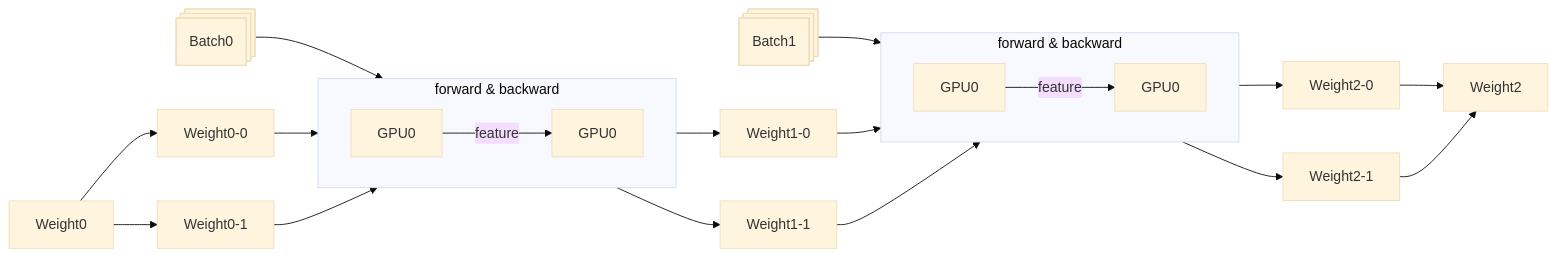
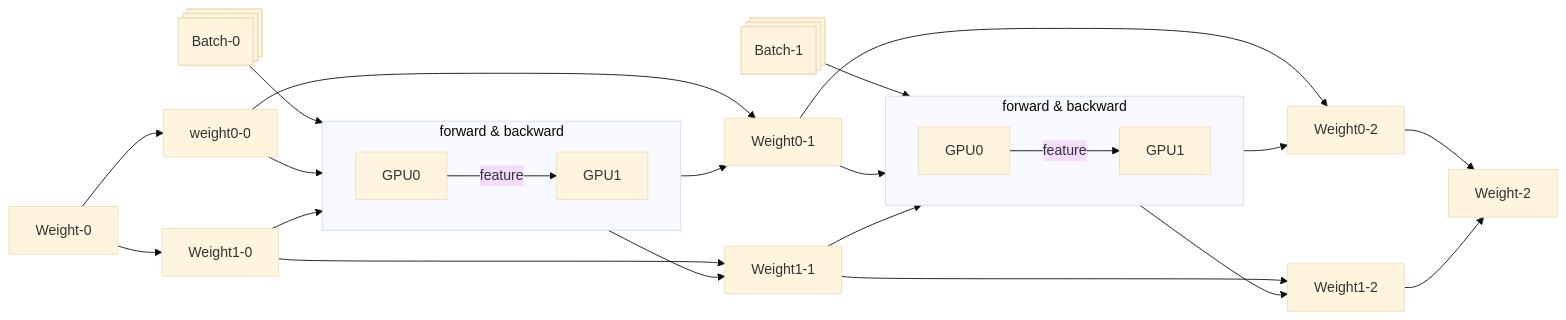
Before and after one commit to hhk7734/wiki: the second of 2 diagrams in docs/mlops/nn/large-model/parallelism.mdx, drawn with Mermaid (base theme). The commit also changed other lines of this file and 1 other file, not shown here.

````diff
--- a/docs/mlops/nn/large-model/parallelism.mdx
+++ b/docs/mlops/nn/large-model/parallelism.mdx
@@ -58,35 +60,42 @@
 ```mermaid
 graph LR
-  batch0@{ shape: procs, label: Batch0 }
-  batch1@{ shape: procs, label: Batch1 }
+  batch-0@{ shape: procs, label: Batch-0 }
+  batch-1@{ shape: procs, label: Batch-1 }
 
   subgraph calc0[forward & backward]
     direction LR
-    gpu0-0[GPU0] -- feature --> gpu0-1[GPU0]
+    gpu0-0[GPU0] -- feature --> gpu1-0[GPU1]
   end
 
-  batch0 --> gpu0-0
-  Weight0 --> Weight0-0
-  Weight0 --> Weight0-1
+  batch-0 --> gpu0-0
+  Weight-0 --> Weight0-0[weight0-0]
+  Weight-0 --> Weight1-0
   Weight0-0 --> gpu0-0
-  Weight0-1 --> gpu0-1
+  Weight1-0 --> gpu1-0
 
-  gpu0-0 --> Weight1-0
-  gpu0-1 --> Weight1-1
+
+  Weight0-0 --> Weight0-1
+  gpu0-0 --> Weight0-1
+
+  Weight1-0 --> Weight1-1
+  gpu1-0 --> Weight1-1
 
   subgraph calc1[forward & backward]
     direction LR
-    gpu0-2[GPU0] -- feature --> gpu0-3[GPU0]
+    gpu0-1[GPU0] -- feature --> gpu1-1[GPU1]
   end
 
-  batch1 --> gpu0-2
-  Weight1-0 --> gpu0-2
+  batch-1 --> gpu0-1
+  Weight0-1 --> gpu0-1
 
-  Weight1-1 --> gpu0-3
+  Weight1-1 --> gpu1-1
 
-  gpu0-2 --> Weight2-0
-  gpu0-3 --> Weight2-1
+  Weight0-1 --> Weight0-2
+  gpu0-1 --> Weight0-2
 
-  Weight2-0 --> Weight2
-  Weight2-1 --> Weight2
+  Weight1-1 --> Weight1-2
+  gpu1-1 --> Weight1-2
+
+  Weight0-2 --> Weight-2
+  Weight1-2 --> Weight-2
 ```
````
